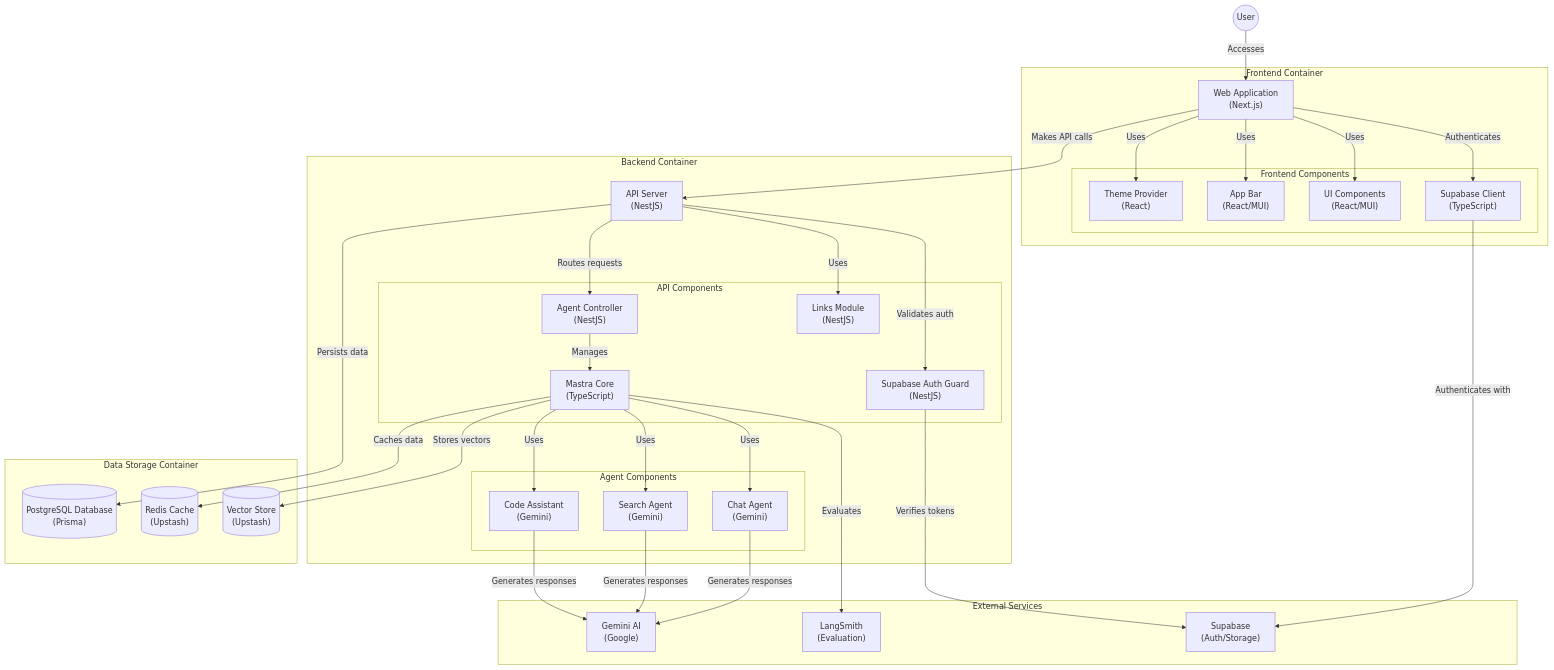
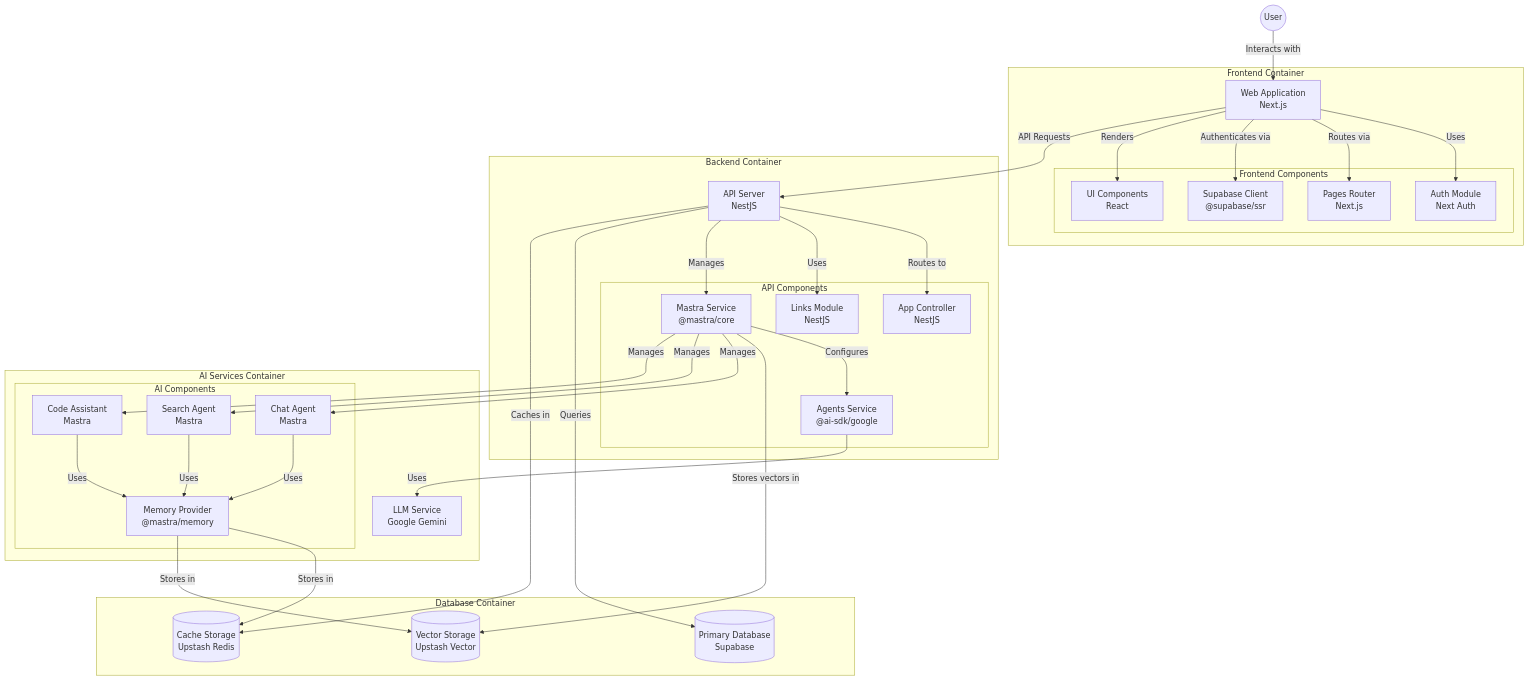
One commit to ssdeanx/AcidBomb changed the second of 2 diagrams in README.md. Above: the diagram before and after it, drawn with Mermaid. The commit also changed 2 other files, not shown here.

Commit message:
Implement code changes to enhance functionality and improve performance

````diff
--- a/README.md
+++ b/README.md
@@ -230,76 +230,75 @@
 ```mermaid
 graph TB
     User((User))
 
     subgraph "Frontend Container"
-        WebApp["Web Application<br>(Next.js)"]
+        WebApp["Web Application<br>Next.js"]
 
         subgraph "Frontend Components"
-            ThemeProvider["Theme Provider<br>(React)"]
-            AppBar["App Bar<br>(React/MUI)"]
-            UIComponents["UI Components<br>(React/MUI)"]
-            SupabaseClient["Supabase Client<br>(TypeScript)"]
+            AuthModule["Auth Module<br>Next Auth"]
+            Pages["Pages Router<br>Next.js"]
+            SupabaseClient["Supabase Client<br>@supabase/ssr"]
+            UIComponents["UI Components<br>React"]
         end
     end
 
     subgraph "Backend Container"
-        APIServer["API Server<br>(NestJS)"]
+        NestAPI["API Server<br>NestJS"]
 
         subgraph "API Components"
-            AgentController["Agent Controller<br>(NestJS)"]
-            LinksModule["Links Module<br>(NestJS)"]
-            AuthGuard["Supabase Auth Guard<br>(NestJS)"]
-            MastraCore["Mastra Core<br>(TypeScript)"]
-        end
-
-        subgraph "Agent Components"
-            ChatAgent["Chat Agent<br>(Gemini)"]
-            SearchAgent["Search Agent<br>(Gemini)"]
-            CodeAssistant["Code Assistant<br>(Gemini)"]
+            AppController["App Controller<br>NestJS"]
+            LinksModule["Links Module<br>NestJS"]
+            MastraService["Mastra Service<br>@mastra/core"]
+            AgentsService["Agents Service<br>@ai-sdk/google"]
         end
     end
 
-    subgraph "Data Storage Container"
-        PostgresDB[("PostgreSQL Database<br>(Prisma)")]
-        RedisCache[("Redis Cache<br>(Upstash)")]
-        VectorStore[("Vector Store<br>(Upstash)")]
+    subgraph "Database Container"
+        SupabaseDB[("Primary Database<br>Supabase")]
+        RedisCache[("Cache Storage<br>Upstash Redis")]
+        VectorStore[("Vector Storage<br>Upstash Vector")]
     end
 
-    subgraph "External Services"
-        GeminiAI["Gemini AI<br>(Google)"]
-        LangSmith["LangSmith<br>(Evaluation)"]
-        Supabase["Supabase<br>(Auth/Storage)"]
+    subgraph "AI Services Container"
+        GeminiModel["LLM Service<br>Google Gemini"]
+
+        subgraph "AI Components"
+            ChatAgent["Chat Agent<br>Mastra"]
+            SearchAgent["Search Agent<br>Mastra"]
+            CodeAgent["Code Assistant<br>Mastra"]
+            MemoryProvider["Memory Provider<br>@mastra/memory"]
+        end
     end
 
-    %% Frontend Relationships
-    User -->|"Accesses"| WebApp
-    WebApp -->|"Uses"| ThemeProvider
-    WebApp -->|"Uses"| AppBar
-    WebApp -->|"Uses"| UIComponents
-    WebApp -->|"Authenticates"| SupabaseClient
-    SupabaseClient -->|"Authenticates with"| Supabase
+    %% Frontend relationships
+    User -->|"Interacts with"| WebApp
+    WebApp -->|"Uses"| AuthModule
+    WebApp -->|"Routes via"| Pages
+    WebApp -->|"Authenticates via"| SupabaseClient
+    WebApp -->|"Renders"| UIComponents
 
-    %% Backend Relationships
-    WebApp -->|"Makes API calls"| APIServer
-    APIServer -->|"Routes requests"| AgentController
-    APIServer -->|"Uses"| LinksModule
-    APIServer -->|"Validates auth"| AuthGuard
-    AuthGuard -->|"Verifies tokens"| Supabase
+    %% Frontend to Backend
+    WebApp -->|"API Requests"| NestAPI
 
-    %% Agent Relationships
-    AgentController -->|"Manages"| MastraCore
-    MastraCore -->|"Uses"| ChatAgent
-    MastraCore -->|"Uses"| SearchAgent
-    MastraCore -->|"Uses"| CodeAssistant
-    ChatAgent -->|"Generates responses"| GeminiAI
-    SearchAgent -->|"Generates responses"| GeminiAI
-    CodeAssistant -->|"Generates responses"| GeminiAI
+    %% Backend relationships
+    NestAPI -->|"Routes to"| AppController
+    NestAPI -->|"Uses"| LinksModule
+    NestAPI -->|"Manages"| MastraService
+    MastraService -->|"Configures"| AgentsService
 
-    %% Data Storage Relationships
-    APIServer -->|"Persists data"| PostgresDB
-    MastraCore -->|"Caches data"| RedisCache
-    MastraCore -->|"Stores vectors"| VectorStore
+    %% Database relationships
+    NestAPI -->|"Queries"| SupabaseDB
+    NestAPI -->|"Caches in"| RedisCache
+    MastraService -->|"Stores vectors in"| VectorStore
 
-    %% External Service Relationships
-    MastraCore -->|"Evaluates"| LangSmith
+    %% AI Service relationships
+    AgentsService -->|"Uses"| GeminiModel
+    MastraService -->|"Manages"| ChatAgent
+    MastraService -->|"Manages"| SearchAgent
+    MastraService -->|"Manages"| CodeAgent
+    ChatAgent -->|"Uses"| MemoryProvider
+    SearchAgent -->|"Uses"| MemoryProvider
+    CodeAgent -->|"Uses"| MemoryProvider
+    MemoryProvider -->|"Stores in"| RedisCache
+    MemoryProvider -->|"Stores in"| VectorStore
 ```
````
